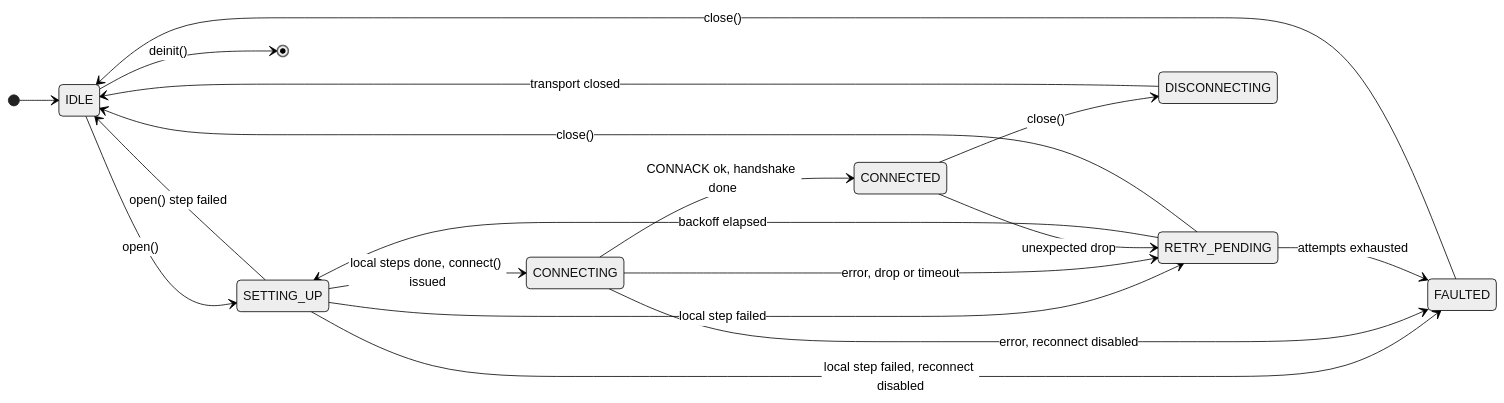
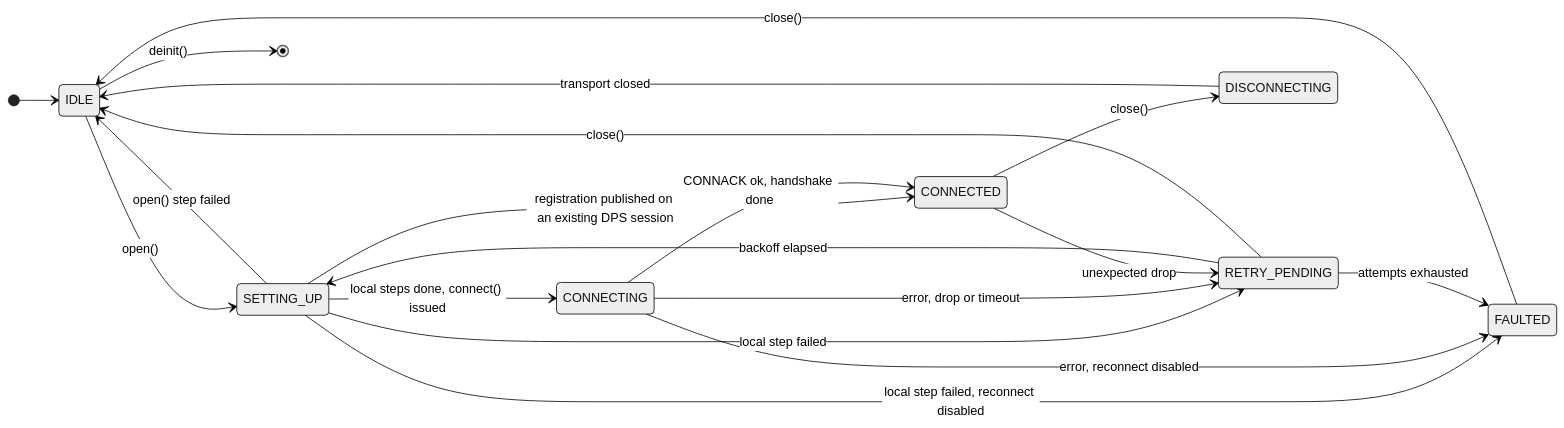
The first of 9 diagrams in c/docs/eng/connection.md (Azure/azure-iot-sdk), drawn with Mermaid (neutral theme) before and after one commit. The commit also changed 1 other file, not shown here.

Commit message:
c: show SETTING_UP -> CONNECTED for a registration on an existing DPS session

````diff
--- a/c/docs/eng/connection.md
+++ b/c/docs/eng/connection.md
@@ -53,21 +53,22 @@
 ```mermaid
 stateDiagram-v2
     direction LR
     [*] --> IDLE
     IDLE --> SETTING_UP: open()
     SETTING_UP --> CONNECTING: local steps done, connect() issued
+    SETTING_UP --> CONNECTED: registration published on an existing DPS session
     SETTING_UP --> RETRY_PENDING: local step failed
     SETTING_UP --> FAULTED: local step failed, reconnect disabled
     SETTING_UP --> IDLE: open() step failed
     CONNECTING --> CONNECTED: CONNACK ok, handshake done
     CONNECTING --> RETRY_PENDING: error, drop or timeout
     CONNECTING --> FAULTED: error, reconnect disabled
     CONNECTED --> RETRY_PENDING: unexpected drop
     CONNECTED --> DISCONNECTING: close()
     RETRY_PENDING --> SETTING_UP: backoff elapsed
     RETRY_PENDING --> FAULTED: attempts exhausted
     RETRY_PENDING --> IDLE: close()
     DISCONNECTING --> IDLE: transport closed
     FAULTED --> IDLE: close()
     IDLE --> [*]: deinit()
 ```
````
